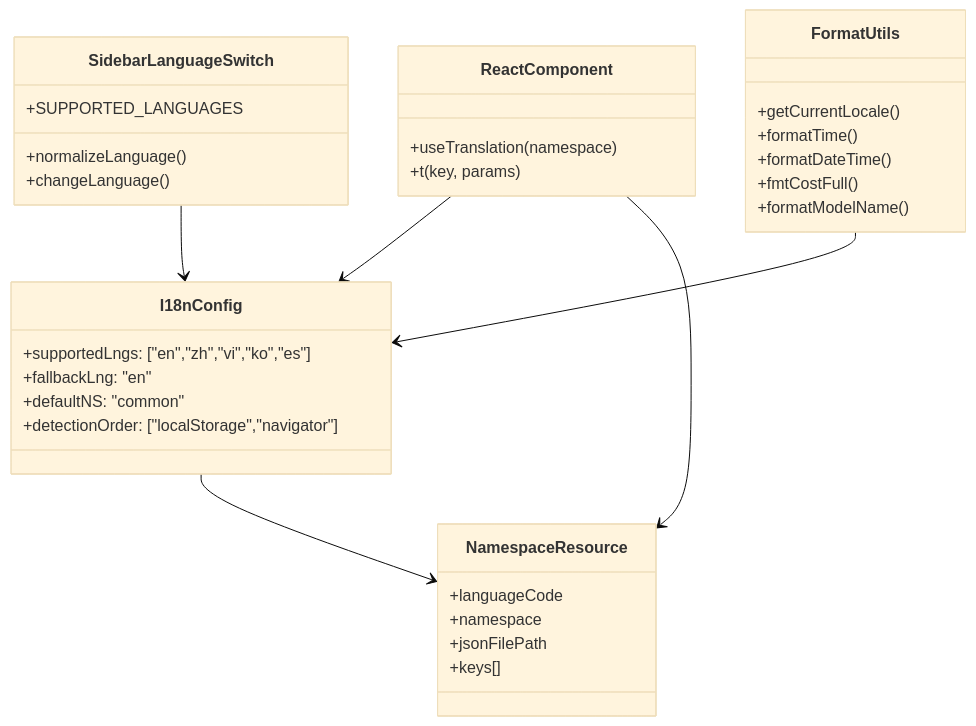
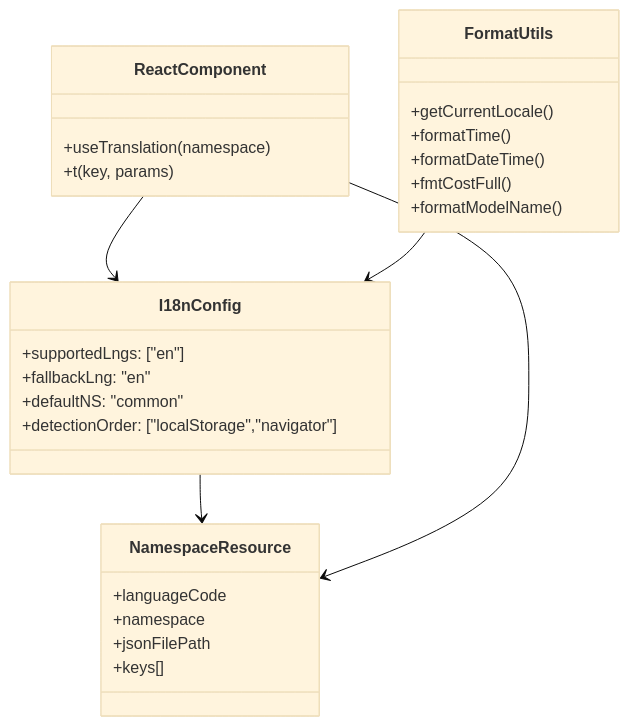
The third of 6 diagrams in docs/I18N.md (buluma/Code-Agent-Monitor), drawn with Mermaid (base theme) before and after one commit. The commit also changed other lines of this file and 71 other files, not shown here.

````diff
--- a/docs/I18N.md
+++ b/docs/I18N.md
@@ -127,41 +129,34 @@
 ```mermaid
 classDiagram
     class I18nConfig {
-      +supportedLngs: ["en","zh","vi","ko","es"]
+      +supportedLngs: ["en"]
       +fallbackLng: "en"
       +defaultNS: "common"
       +detectionOrder: ["localStorage","navigator"]
     }
 
     class NamespaceResource {
       +languageCode
       +namespace
       +jsonFilePath
       +keys[]
     }
 
     class ReactComponent {
       +useTranslation(namespace)
       +t(key, params)
     }
 
-    class SidebarLanguageSwitch {
-      +SUPPORTED_LANGUAGES
-      +normalizeLanguage()
-      +changeLanguage()
-    }
-
     class FormatUtils {
       +getCurrentLocale()
       +formatTime()
       +formatDateTime()
       +fmtCostFull()
       +formatModelName()
     }
 
     I18nConfig --> NamespaceResource
     ReactComponent --> I18nConfig
     ReactComponent --> NamespaceResource
-    SidebarLanguageSwitch --> I18nConfig
     FormatUtils --> I18nConfig
 ```
````
